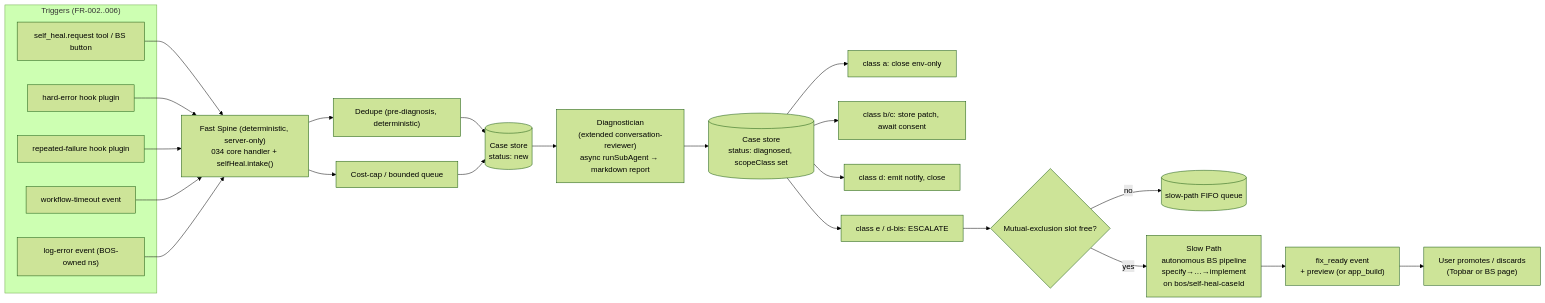
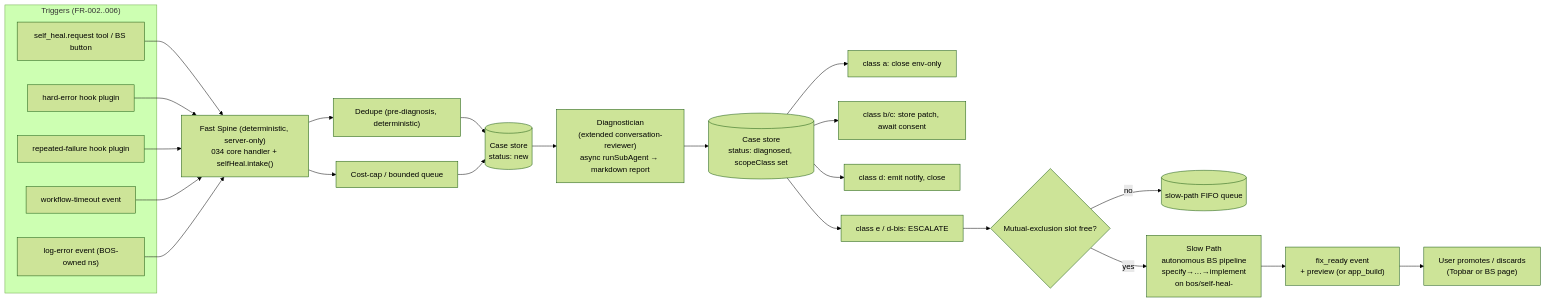
One commit to vaaale/bos-specs changed the first of 2 diagrams in self-modification/031-self-healing/design.md. Above: the diagram before and after it, drawn with Mermaid (forest theme). The commit also changed other lines of this file, not shown here.

Commit message:
spec: update self-modification/031-self-healing/design.md

````diff
--- a/self-modification/031-self-healing/design.md
+++ b/self-modification/031-self-healing/design.md
@@ -56,37 +56,37 @@
 ```mermaid
 flowchart LR
   subgraph T["Triggers (FR-002..006)"]
     EX["self_heal.request tool / BS button"]
     HE["hard-error hook plugin"]
     RF["repeated-failure hook plugin"]
     WT["workflow-timeout event"]
     LE["log-error event (BOS-owned ns)"]
   end
   EX --> IN
   HE --> IN
   RF --> IN
   WT --> IN
   LE --> IN
 
   IN["Fast Spine (deterministic, server-only)\n034 core handler + selfHeal.intake()"]
 
   IN --> DS["Dedupe (pre-diagnosis, deterministic)"]
   IN --> CC["Cost-cap / bounded queue"]
   DS --> CS[("Case store\nstatus: new")]
   CC --> CS
 
   CS --> DIAG["Diagnostician\n(extended conversation-reviewer)\nasync runSubAgent → markdown report"]
   DIAG --> CS2[("Case store\nstatus: diagnosed, scopeClass set")]
 
   CS2 --> RA["class a: close env-only"]
   CS2 --> RB["class b/c: store patch, await consent"]
   CS2 --> RD["class d: emit notify, close"]
   CS2 --> RE["class e / d-bis: ESCALATE"]
 
   RE --> MX{"Mutual-exclusion slot free?"}
   MX -->|no| Q[("slow-path FIFO queue")]
-  MX -->|yes| SLOW["Slow Path\nautonomous BS pipeline\nspecify→…→implement\non bos/self-heal-caseId"]
+  MX -->|yes| SLOW["Slow Path\nautonomous BS pipeline\nspecify→…→implement\non bos/self-heal-<caseId>"]
 
   SLOW --> FR["fix_ready event\n+ preview (or app_build)"]
   FR --> USER["User promotes / discards\n(Topbar or BS page)"]
 ```
````
